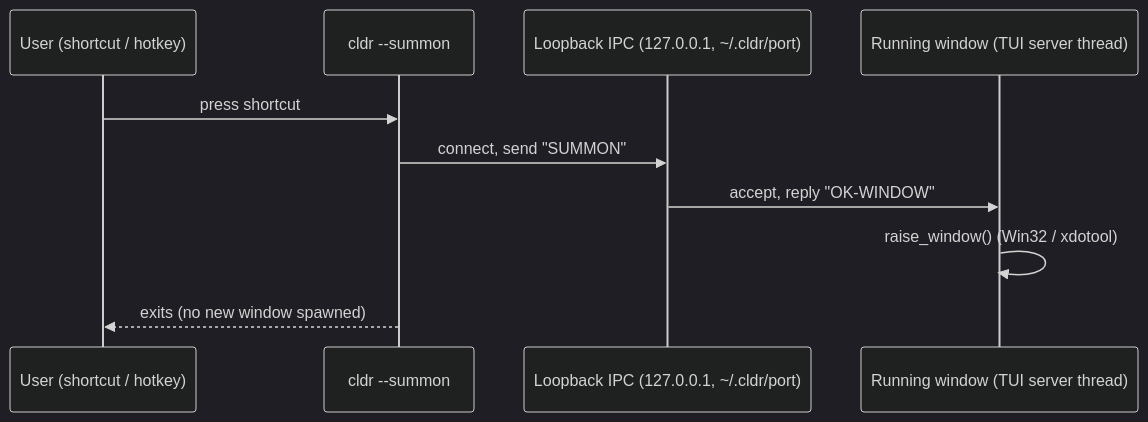
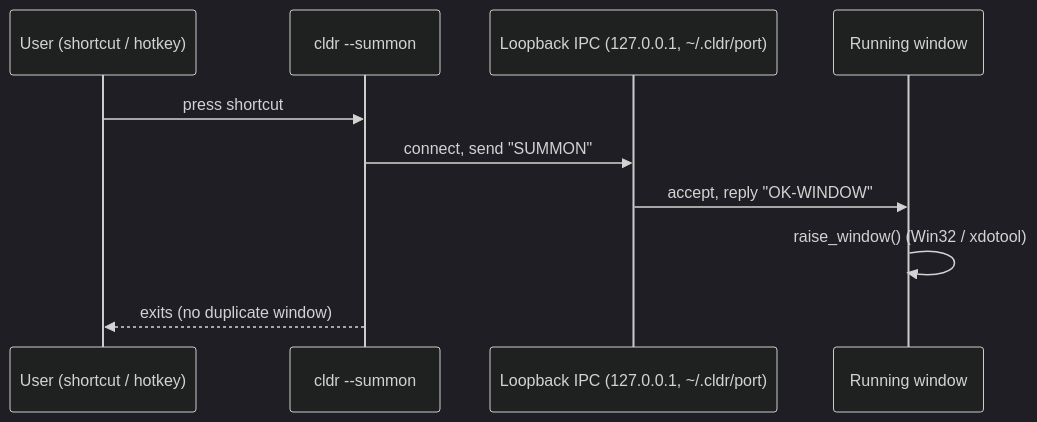
The diagram in README.md (drsamonline/CLDR), drawn with Mermaid (dark theme) before and after one commit. The commit also changed other lines of this file and 27 other files, not shown here.

````diff
--- a/README.md
+++ b/README.md
@@ -102,12 +169,12 @@
 ```mermaid
 sequenceDiagram
     participant U as User (shortcut / hotkey)
     participant S as cldr --summon
     participant I as Loopback IPC (127.0.0.1, ~/.cldr/port)
-    participant W as Running window (TUI server thread)
+    participant W as Running window
     U->>S: press shortcut
     S->>I: connect, send "SUMMON"
     I->>W: accept, reply "OK-WINDOW"
     W->>W: raise_window() (Win32 / xdotool)
-    S-->>U: exits (no new window spawned)
+    S-->>U: exits (no duplicate window)
 ```
````
